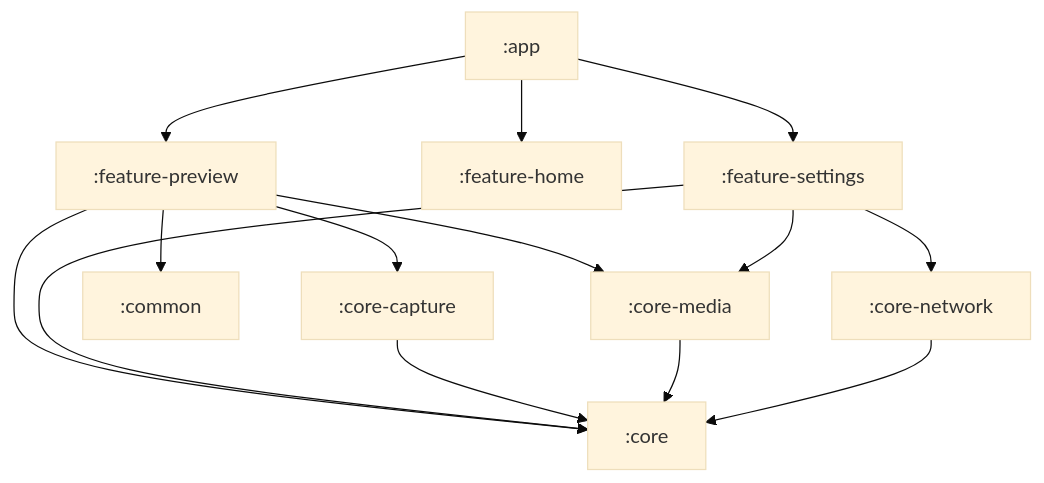
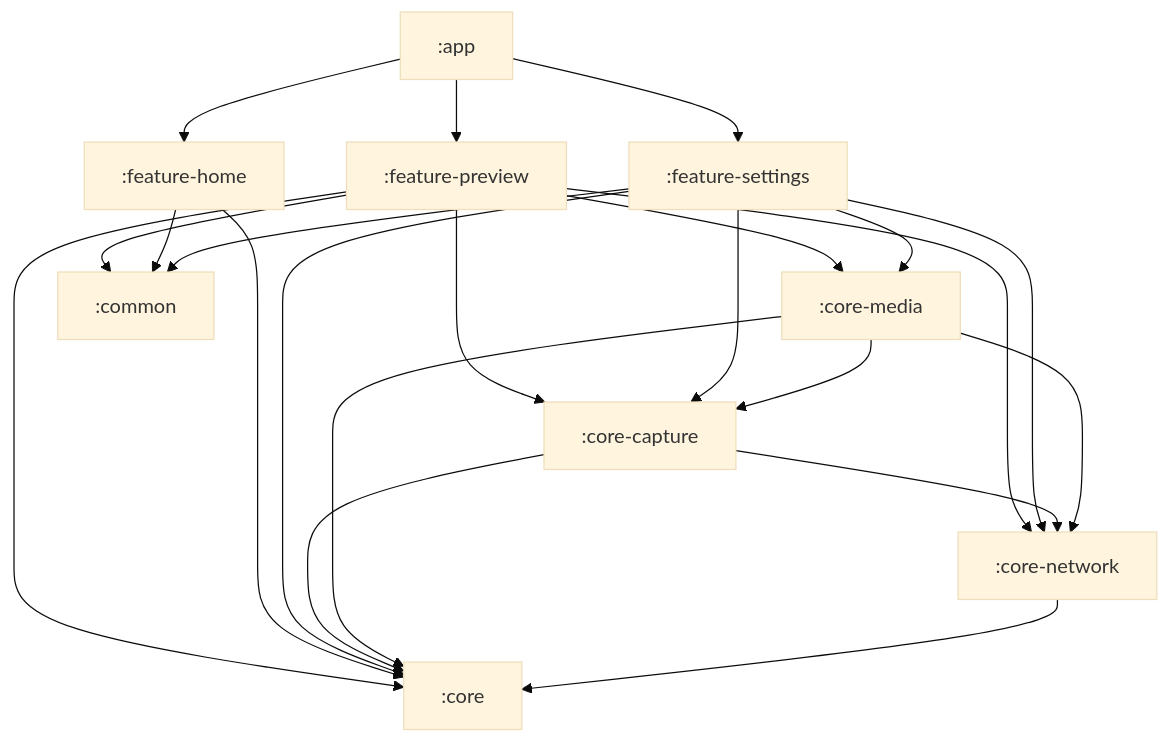
One commit to MauroBragaFilho/Braga_Digital_Studio_Mobile changed the diagram in .docs/BDSM_VISAO_TECNICA.md. Above: the diagram before and after it, drawn with Mermaid (base theme). The commit also changed other lines of this file and 460 other files, not shown here.

````diff
--- a/.docs/BDSM_VISAO_TECNICA.md
+++ b/.docs/BDSM_VISAO_TECNICA.md
@@ -45,19 +47,27 @@
 ```mermaid
 graph TD
     App[":app"] --> FPreview[":feature-preview"]
     App --> FHome[":feature-home"]
     App --> FSettings[":feature-settings"]
     
     FPreview --> CMedia[":core-media"]
     FPreview --> CCapture[":core-capture"]
     FPreview --> Core[":core"]
     FPreview --> Common[":common"]
     
-    FSettings --> CNetwork[":core-network"]
+    FPreview --> CNetwork[":core-network"]
+    FHome --> Common
+    FHome --> Core
+    FSettings --> CNetwork
     FSettings --> Core[":core"]
     FSettings --> CMedia[":core-media"]
+    FSettings --> CCapture
+    FSettings --> Common
     
     CCapture --> Core[":core"]
+    CCapture --> CNetwork
+    CMedia --> CCapture
+    CMedia --> CNetwork
     CMedia --> Core[":core"]
     CNetwork --> Core[":core"]
 ```
````
